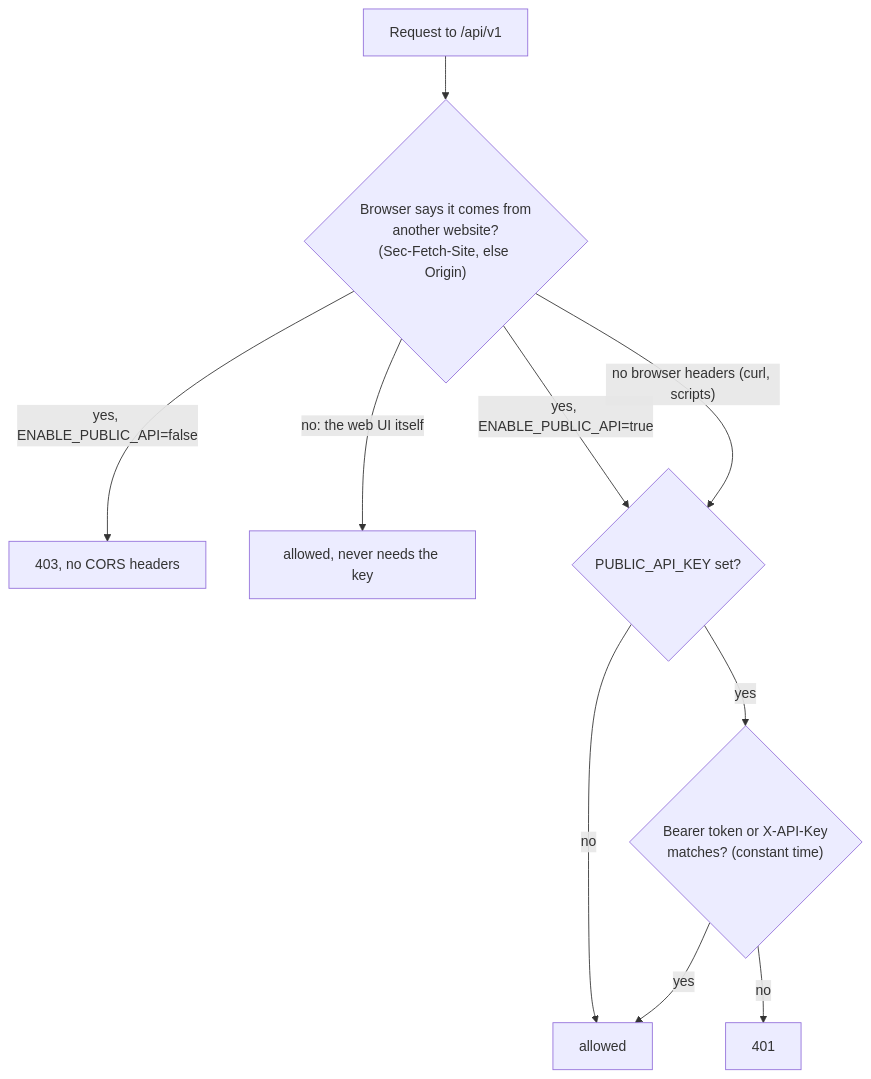
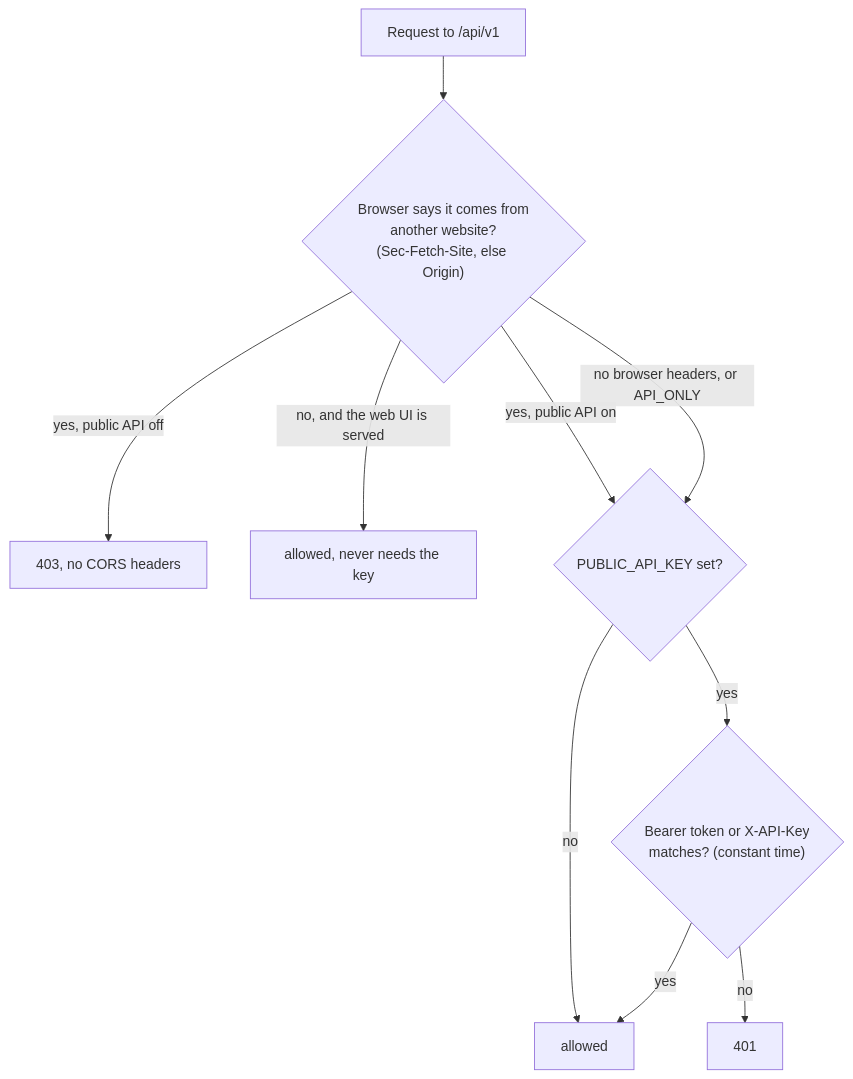
One commit to karimz1/imgcompress changed the third of 3 diagrams in docs/architecture.md. Above: the diagram before and after it, drawn with Mermaid. The commit also changed 7 other files, not shown here.

First line of the commit message:
Hide the web UI under Flask's /static path in API_ONLY

````diff
--- a/docs/architecture.md
+++ b/docs/architecture.md
@@ -82,12 +82,12 @@
 ```mermaid
 flowchart TD
     R["Request to /api/v1"] --> K{"Browser says it comes from<br/>another website?<br/>(Sec-Fetch-Site, else Origin)"}
-    K -- "yes, ENABLE_PUBLIC_API=false" --> F["403, no CORS headers"]
-    K -- "no: the web UI itself" --> OK["allowed, never needs the key"]
-    K -- "yes, ENABLE_PUBLIC_API=true" --> A{"PUBLIC_API_KEY set?"}
-    K -- "no browser headers (curl, scripts)" --> A
+    K -- "yes, public API off" --> F["403, no CORS headers"]
+    K -- "no, and the web UI is served" --> OK["allowed, never needs the key"]
+    K -- "yes, public API on" --> A{"PUBLIC_API_KEY set?"}
+    K -- "no browser headers, or API_ONLY" --> A
     A -- "no" --> OK2["allowed"]
     A -- "yes" --> H{"Bearer token or X-API-Key<br/>matches? (constant time)"}
     H -- "yes" --> OK2
     H -- "no" --> U["401"]
 ```
````
